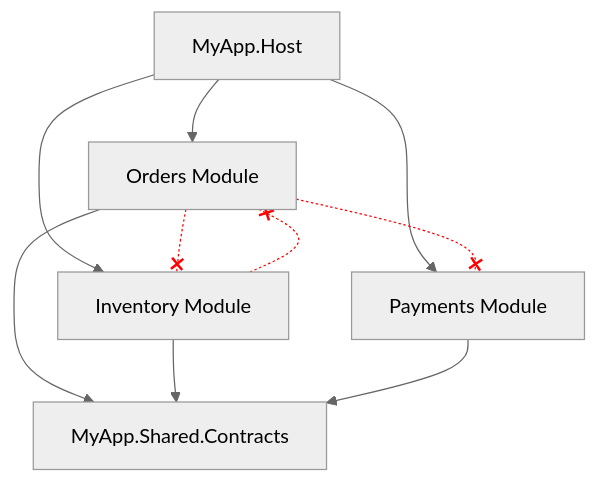
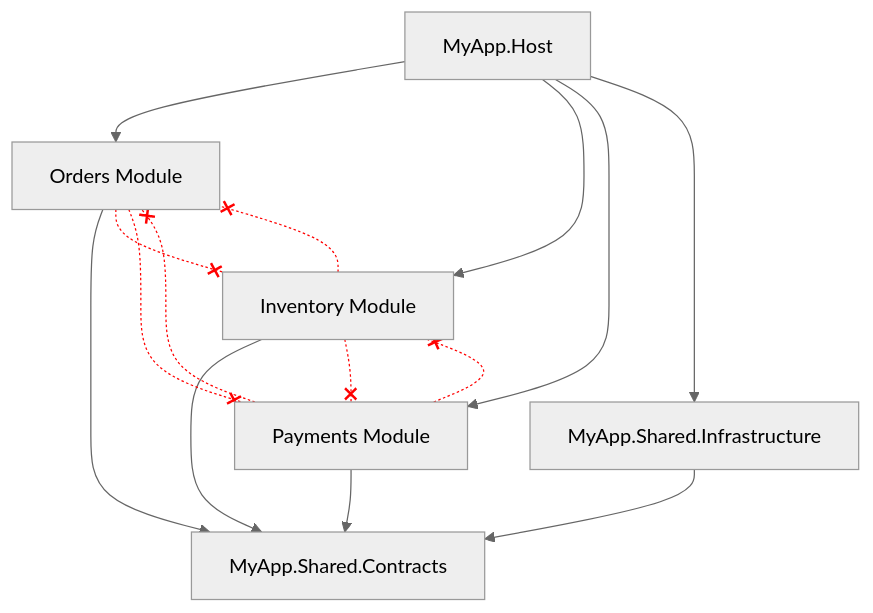
Before and after one commit to Webhooks-Ltd/dotnet-patterns: the diagram in patterns/STR005 - modular-monolith.md, drawn with Mermaid (neutral theme). The commit also changed other lines of this file and 10 other files, not shown here.

````diff
--- a/patterns/STR005 - modular-monolith.md
+++ b/patterns/STR005 - modular-monolith.md
@@ -109,15 +112,23 @@
 ```mermaid
 graph TD
     Host[MyApp.Host] --> Orders[Orders Module]
     Host --> Inventory[Inventory Module]
     Host --> Payments[Payments Module]
+    Host --> SharedInfra[MyApp.Shared.Infrastructure]
     Orders --> Contracts[MyApp.Shared.Contracts]
     Inventory --> Contracts
     Payments --> Contracts
+    SharedInfra --> Contracts
     Orders -.-x Inventory
     Orders -.-x Payments
+    Inventory -.-x Payments
     Inventory -.-x Orders
-    linkStyle 6 stroke:red
-    linkStyle 7 stroke:red
+    Payments -.-x Orders
+    Payments -.-x Inventory
     linkStyle 8 stroke:red
+    linkStyle 9 stroke:red
+    linkStyle 10 stroke:red
+    linkStyle 11 stroke:red
+    linkStyle 12 stroke:red
+    linkStyle 13 stroke:red
 ```
````
